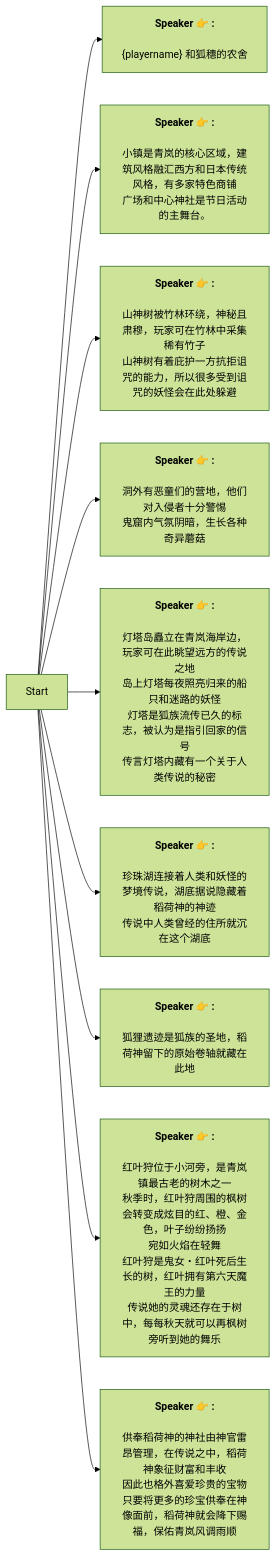
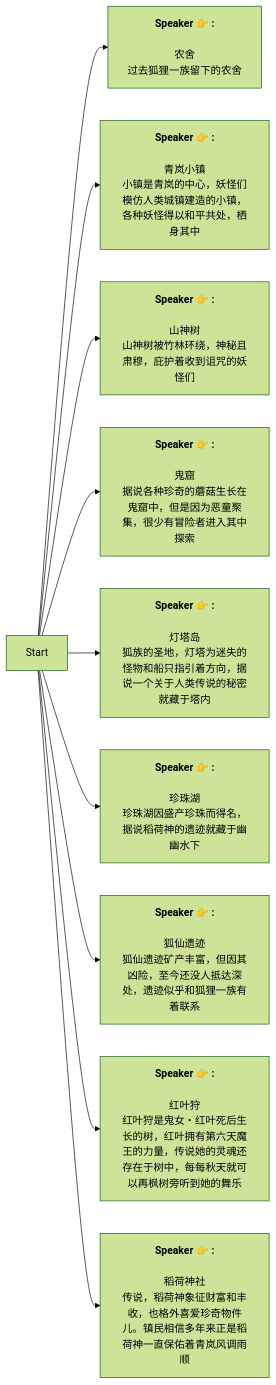
Before and after one commit to SoftHu/tos_avg: the diagram in Zh/RoadSigns.md, drawn with Mermaid (forest theme). The commit also changed 410 other files, not shown here.

````diff
--- a/Zh/RoadSigns.md
+++ b/Zh/RoadSigns.md
@@ -1,28 +1,31 @@
 ```mermaid
 graph LR
-Start -->1773857195941183[<b>Speaker 👉 :</b>
-\n&lbrace;playername&rbrace; 和狐穗的农舍]
-Start -->1773857442925891[<b>Speaker 👉 :</b>
-\n小镇是青岚的核心区域，建筑风格融汇西方和日本传统风格，有多家特色商铺\n广场和中心神社是节日活动的主舞台。]
-Start -->1773857482260806[<b>Speaker 👉 :</b>
-\n山神树被竹林环绕，神秘且肃穆，玩家可在竹林中采集稀有竹子\n山神树有着庇护一方抗拒诅咒的能力，所以很多受到诅咒的妖怪会在此处躲避]
-Start -->1773857565319497[<b>Speaker 👉 :</b>
-\n洞外有恶童们的营地，他们对入侵者十分警惕\n鬼窟内气氛阴暗，生长各种奇异蘑菇]
-Start -->1773857617143116[<b>Speaker 👉 :</b>
-\n灯塔岛矗立在青岚海岸边，玩家可在此眺望远方的传说之地
-岛上灯塔每夜照亮归来的船只和迷路的妖怪\n灯塔是狐族流传已久的标志，被认为是指引回家的信号
-传言灯塔内藏有一个关于人类传说的秘密]
-Start -->1773857702381903[<b>Speaker 👉 :</b>
-\n珍珠湖连接着人类和妖怪的梦境传说，湖底据说隐藏着稻荷神的神迹\n传说中人类曾经的住所就沉在这个湖底]
-Start -->1773857754189138[<b>Speaker 👉 :</b>
-\n狐狸遗迹是狐族的圣地，稻荷神留下的原始卷轴就藏在此地]
-Start -->1773857821073749[<b>Speaker 👉 :</b>
-\n红叶狩位于小河旁，是青岚镇最古老的树木之一
-秋季时，红叶狩周围的枫树会转变成炫目的红、橙、金色，叶子纷纷扬扬
-宛如火焰在轻舞\n红叶狩是鬼女・红叶死后生长的树，红叶拥有第六天魔王的力量\n传说她的灵魂还存在于树中，每每秋天就可以再枫树旁听到她的舞乐]
-Start -->1773857873172824[<b>Speaker 👉 :</b>
-\n供奉稻荷神的神社由神官雷昂管理，在传说之中，稻荷神象征财富和丰收
-因此也格外喜爱珍贵的宝物
-只要将更多的珍宝供奉在神像面前，稻荷神就会降下赐福，保佑青岚风调雨顺]
+Start -->1774189677612389[<b>Speaker 👉 :</b>
+\n农舍
+过去狐狸一族留下的农舍]
+Start -->1774189691757927[<b>Speaker 👉 :</b>
+\n青岚小镇
+小镇是青岚的中心，妖怪们模仿人类城镇建造的小镇，各种妖怪得以和平共处，栖身其中]
+Start -->1774189705340265[<b>Speaker 👉 :</b>
+\n山神树
+山神树被竹林环绕，神秘且肃穆，庇护着收到诅咒的妖怪们]
+Start -->1774189719104875[<b>Speaker 👉 :</b>
+\n鬼窟
+据说各种珍奇的蘑菇生长在鬼窟中，但是因为恶童聚集，很少有冒险者进入其中探索]
+Start -->1774189780885869[<b>Speaker 👉 :</b>
+\n灯塔岛
+狐族的圣地，灯塔为迷失的怪物和船只指引着方向，据说一个关于人类传说的秘密就藏于塔内]
+Start -->1774189828753775[<b>Speaker 👉 :</b>
+\n珍珠湖
+珍珠湖因盛产珍珠而得名，据说稻荷神的遗迹就藏于幽幽水下]
+Start -->1774189835710833[<b>Speaker 👉 :</b>
+\n狐仙遗迹
+狐仙遗迹矿产丰富，但因其凶险，至今还没人抵达深处，遗迹似乎和狐狸一族有着联系]
+Start -->1774190276512115[<b>Speaker 👉 :</b>
+\n红叶狩
+红叶狩是鬼女・红叶死后生长的树，红叶拥有第六天魔王的力量，传说她的灵魂还存在于树中，每每秋天就可以再枫树旁听到她的舞乐]
+Start -->1774190287572341[<b>Speaker 👉 :</b>
+\n稻荷神社
+传说，稻荷神象征财富和丰收，也格外喜爱珍奇物件儿。镇民相信多年来正是稻荷神一直保佑着青岚风调雨顺]
 
 ```
````
